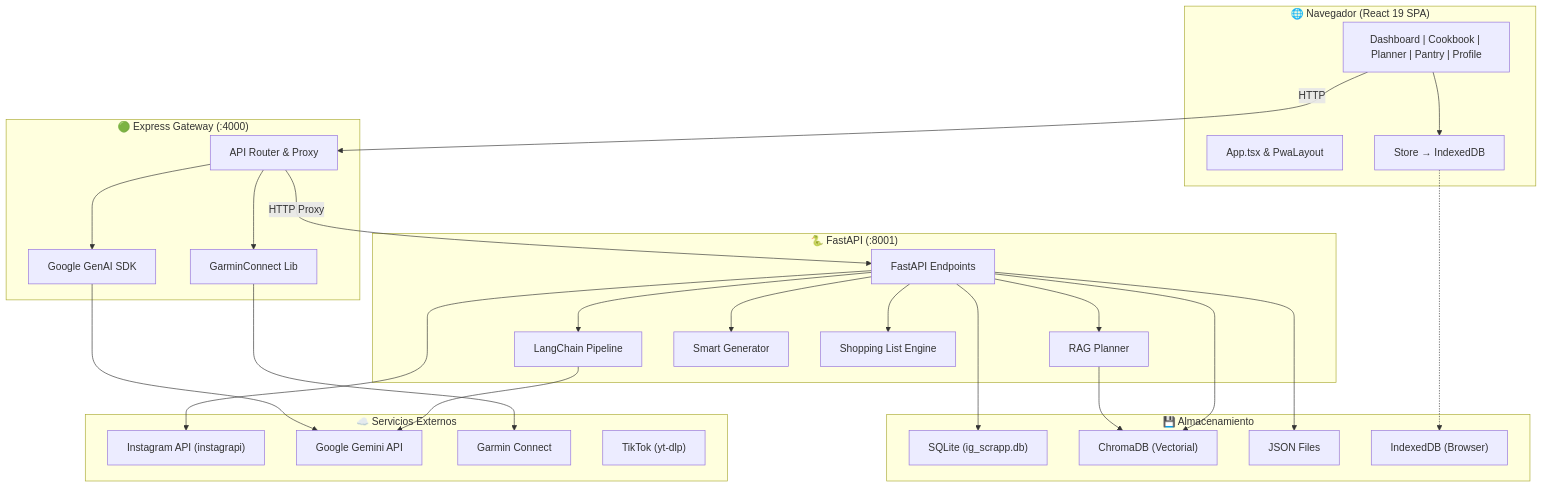
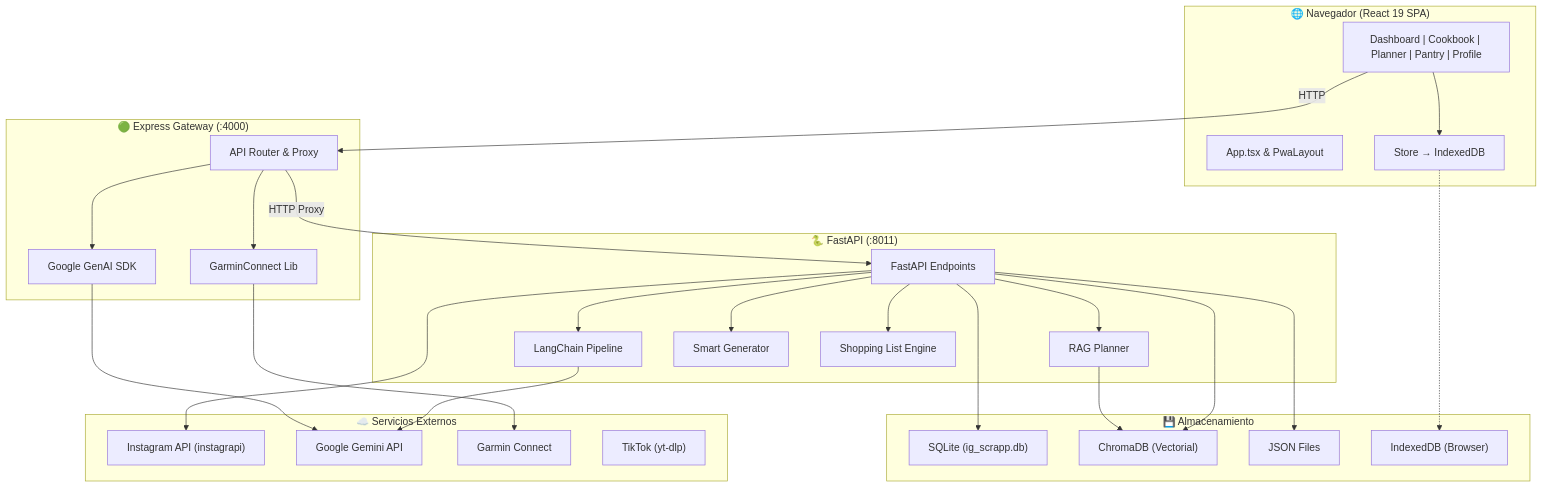
The first of 5 diagrams in docs/DOCUMENTACION_TECNICA_COMPLETA.md (valarcon1226/ig-mealplan-rag), drawn with Mermaid before and after one commit. The commit also changed other lines of this file and 28 other files, not shown here.

````diff
--- a/docs/DOCUMENTACION_TECNICA_COMPLETA.md
+++ b/docs/DOCUMENTACION_TECNICA_COMPLETA.md
@@ -67,55 +67,55 @@
 ```mermaid
 flowchart TD
     subgraph Cliente["🌐 Navegador (React 19 SPA)"]
         App["App.tsx & PwaLayout"]
         Store["Store → IndexedDB"]
         Pages["Dashboard | Cookbook | Planner | Pantry | Profile"]
     end
 
     subgraph NodeServer["🟢 Express Gateway (:4000)"]
         Gateway["API Router & Proxy"]
         GeminiSDK["Google GenAI SDK"]
         GarminSDK["GarminConnect Lib"]
     end
 
-    subgraph BackendPython["🐍 FastAPI (:8001)"]
+    subgraph BackendPython["🐍 FastAPI (:8011)"]
         FastAPI["FastAPI Endpoints"]
         LangChain["LangChain Pipeline"]
         RAG["RAG Planner"]
         SmartGen["Smart Generator"]
         ShopList["Shopping List Engine"]
     end
 
     subgraph Storage["💾 Almacenamiento"]
         SQLite["SQLite (ig_scrapp.db)"]
         ChromaDB["ChromaDB (Vectorial)"]
         JSON["JSON Files"]
         IDB["IndexedDB (Browser)"]
     end
 
     subgraph External["☁️ Servicios Externos"]
         IG["Instagram API (instagrapi)"]
         Gemini["Google Gemini API"]
         Garmin["Garmin Connect"]
         TikTok["TikTok (yt-dlp)"]
     end
 
     Pages --> Store
     Store -.-> IDB
     Pages -->|HTTP| Gateway
     Gateway --> GeminiSDK
     Gateway --> GarminSDK
     Gateway -->|HTTP Proxy| FastAPI
     FastAPI --> LangChain
     FastAPI --> RAG
     FastAPI --> SmartGen
     FastAPI --> ShopList
     LangChain --> Gemini
     FastAPI --> IG
     FastAPI --> SQLite
     FastAPI --> ChromaDB
     FastAPI --> JSON
     RAG --> ChromaDB
     GeminiSDK --> Gemini
     GarminSDK --> Garmin
 ```
````
